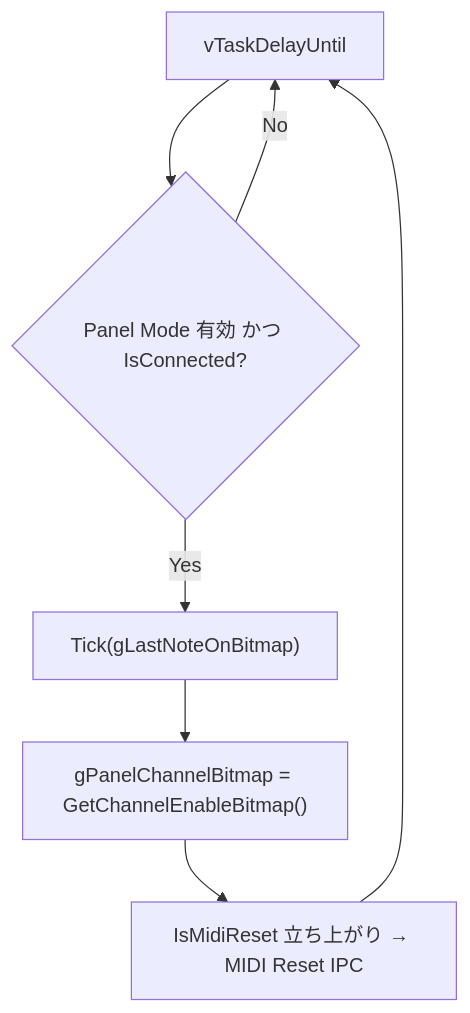
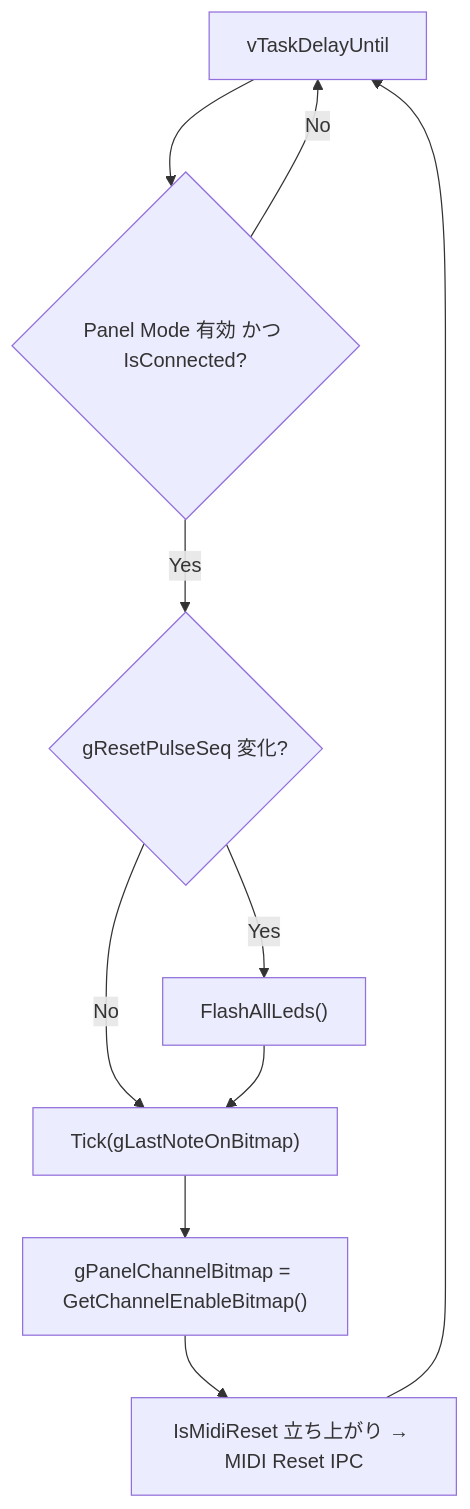
One commit to 46nori/FMSynthEnsembleV3 changed the fifth of 6 diagrams in doc/design_midi_panel.md. Above: the diagram before and after it, drawn with Mermaid. The commit also changed other lines of this file and 11 other files, not shown here.

````diff
--- a/doc/design_midi_panel.md
+++ b/doc/design_midi_panel.md
@@ -317,9 +324,12 @@
 ```mermaid
 flowchart TD
     A[vTaskDelayUntil] --> B{Panel Mode 有効 かつ IsConnected?}
     B -- No --> A
-    B -- Yes --> C["Tick(gLastNoteOnBitmap)"]
+    B -- Yes --> F{"gResetPulseSeq 変化?"}
+    F -- Yes --> G["FlashAllLeds()"]
+    F -- No --> C
+    G --> C["Tick(gLastNoteOnBitmap)"]
     C --> D["gPanelChannelBitmap = GetChannelEnableBitmap()"]
     D --> E["IsMidiReset 立ち上がり → MIDI Reset IPC"]
     E --> A
 ```
````
